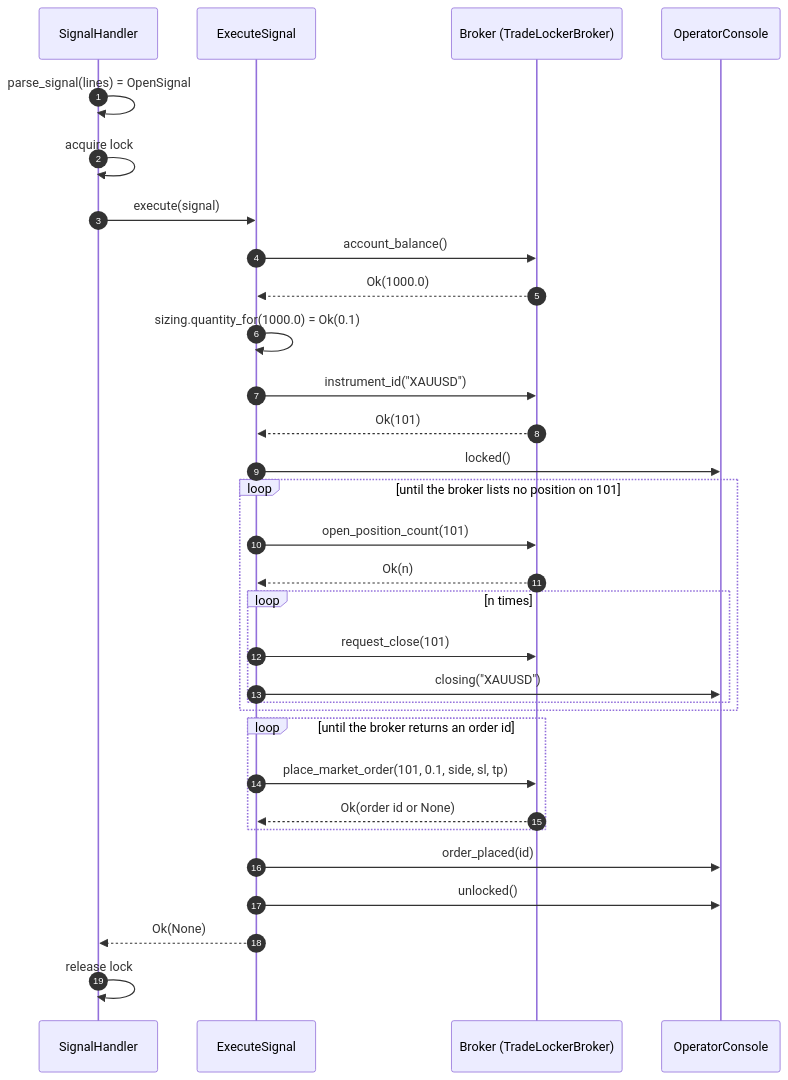
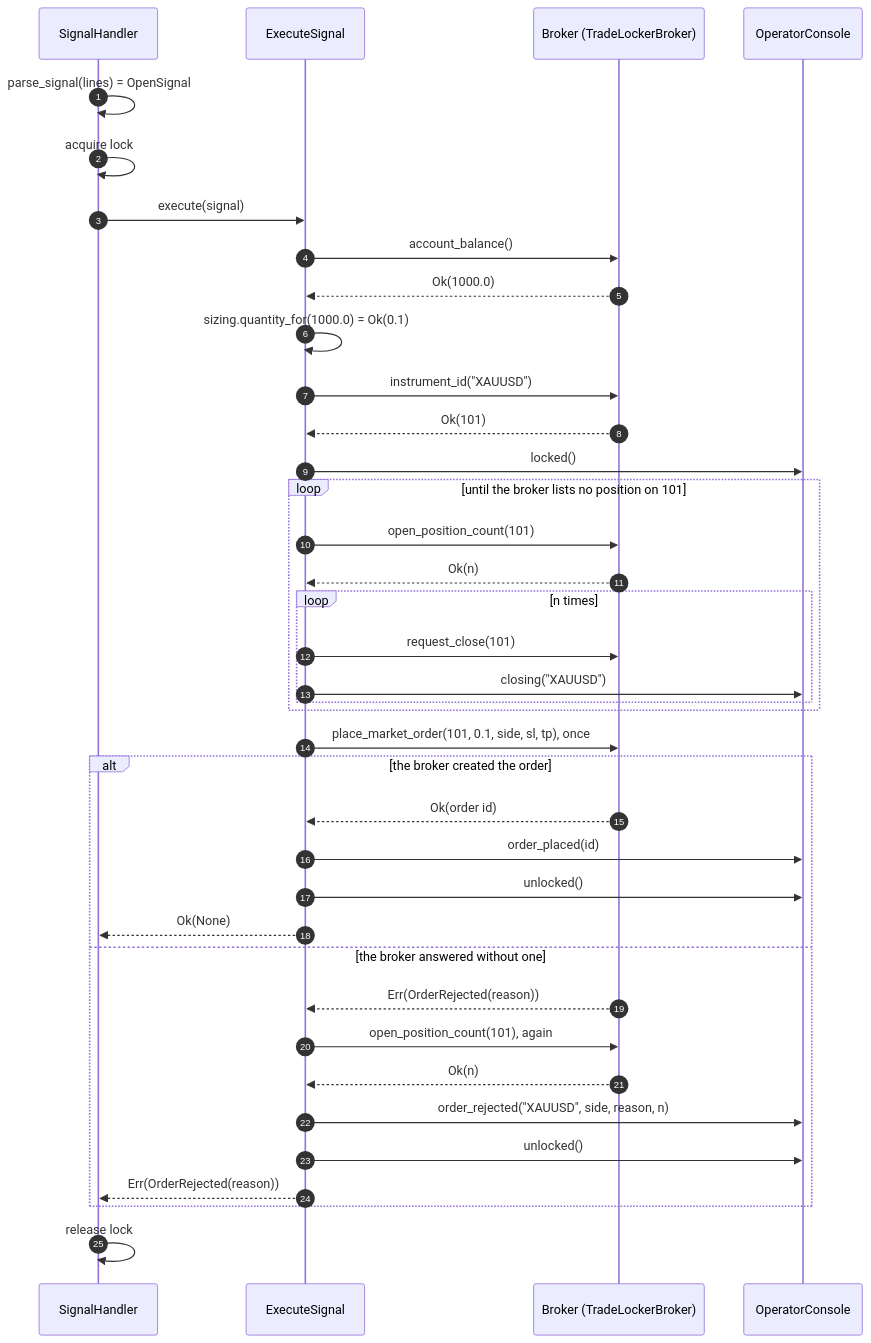
The fourth of 6 diagrams in docs/architecture.md (Akinzou/TradeLockerBot), drawn with Mermaid before and after one commit. The commit also changed other lines of this file and 19 other files, not shown here.

````diff
--- a/docs/architecture.md
+++ b/docs/architecture.md
@@ -162,33 +163,40 @@
 ```mermaid
 sequenceDiagram
     autonumber
     participant H as SignalHandler
     participant UC as ExecuteSignal
     participant B as Broker (TradeLockerBroker)
     participant C as OperatorConsole
     H->>H: parse_signal(lines) = OpenSignal
     H->>H: acquire lock
     H->>UC: execute(signal)
     UC->>B: account_balance()
     B-->>UC: Ok(1000.0)
     UC->>UC: sizing.quantity_for(1000.0) = Ok(0.1)
     UC->>B: instrument_id("XAUUSD")
     B-->>UC: Ok(101)
     UC->>C: locked()
     loop until the broker lists no position on 101
         UC->>B: open_position_count(101)
         B-->>UC: Ok(n)
         loop n times
             UC->>B: request_close(101)
             UC->>C: closing("XAUUSD")
         end
     end
-    loop until the broker returns an order id
-        UC->>B: place_market_order(101, 0.1, side, sl, tp)
-        B-->>UC: Ok(order id or None)
+    UC->>B: place_market_order(101, 0.1, side, sl, tp), once
+    alt the broker created the order
+        B-->>UC: Ok(order id)
+        UC->>C: order_placed(id)
+        UC->>C: unlocked()
+        UC-->>H: Ok(None)
+    else the broker answered without one
+        B-->>UC: Err(OrderRejected(reason))
+        UC->>B: open_position_count(101), again
+        B-->>UC: Ok(n)
+        UC->>C: order_rejected("XAUUSD", side, reason, n)
+        UC->>C: unlocked()
+        UC-->>H: Err(OrderRejected(reason))
     end
-    UC->>C: order_placed(id)
-    UC->>C: unlocked()
-    UC-->>H: Ok(None)
     H->>H: release lock
 ```
````
